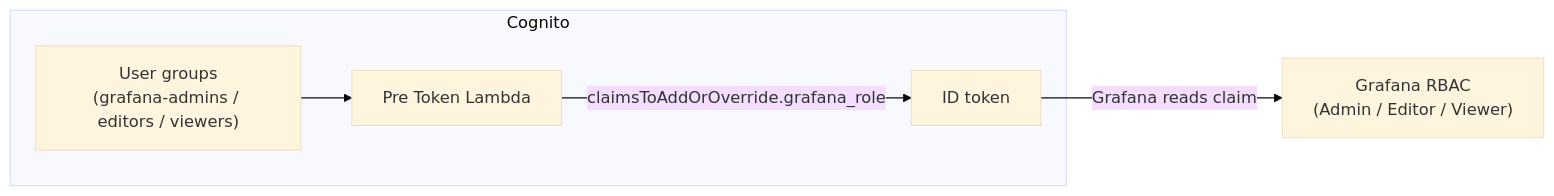
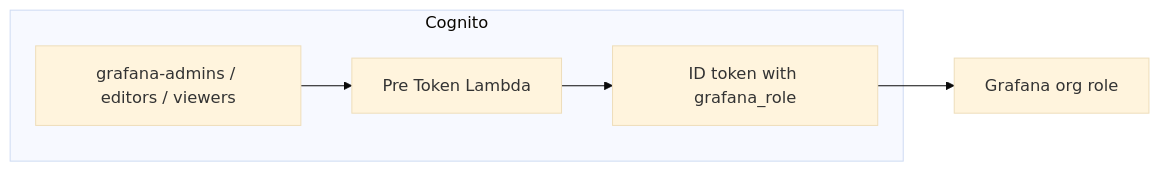
Before and after one commit to cloudbuildlab/grafana-dashboard: the second of 4 diagrams in terraform/grafana_cognito/README.md, drawn with Mermaid (base theme). The commit also changed other lines of this file, not shown here.

````diff
--- a/terraform/grafana_cognito/README.md
+++ b/terraform/grafana_cognito/README.md
@@ -58,11 +74,9 @@
 ```mermaid
 flowchart LR
     subgraph cognito [Cognito]
-        Groups["User groups\n(grafana-admins / editors / viewers)"]
-        Lambda["Pre Token Lambda"]
-        Token["ID token"]
+        G[grafana-admins / editors / viewers]
+        L[Pre Token Lambda]
+        T[ID token with grafana_role]
     end
-    Groups --> Lambda
-    Lambda -->|"claimsToAddOrOverride.grafana_role"| Token
-    Token -->|"Grafana reads claim"| Grafana["Grafana RBAC\n(Admin / Editor / Viewer)"]
+    G --> L --> T --> GF[Grafana org role]
 ```
````
